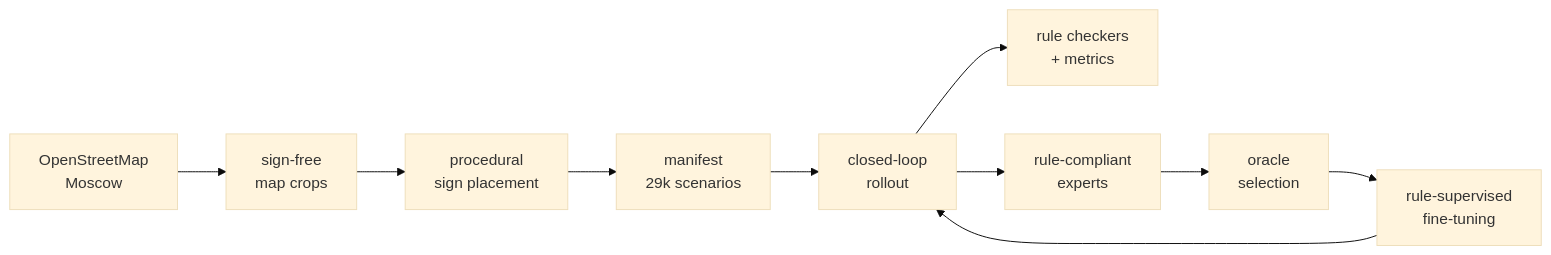
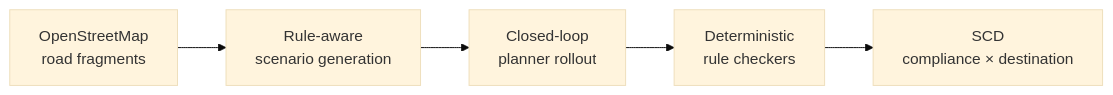
The diagram in README.md (emb-ai/traffic-sign-bench), drawn with Mermaid (base theme) before and after one commit. The commit also changed other lines of this file, not shown here.

````diff
--- a/README.md
+++ b/README.md
@@ -77,12 +68,7 @@
 ```mermaid
 flowchart LR
-  OSM["OpenStreetMap<br/>Moscow"] --> S["sign-free<br/>map crops"]
-  S --> P["procedural<br/>sign placement"]
-  P --> M["manifest<br/>29k scenarios"]
-  M --> R["closed-loop<br/>rollout"]
-  R --> C["rule checkers<br/>+ metrics"]
-  R --> E["rule-compliant<br/>experts"]
-  E --> O["oracle<br/>selection"]
-  O --> F["rule-supervised<br/>fine-tuning"]
-  F --> R
+    A["OpenStreetMap<br/>road fragments"] --> B["Rule-aware<br/>scenario generation"]
+    B --> C["Closed-loop<br/>planner rollout"]
+    C --> D["Deterministic<br/>rule checkers"]
+    D --> E["SCD<br/>compliance × destination"]
 ```
````
